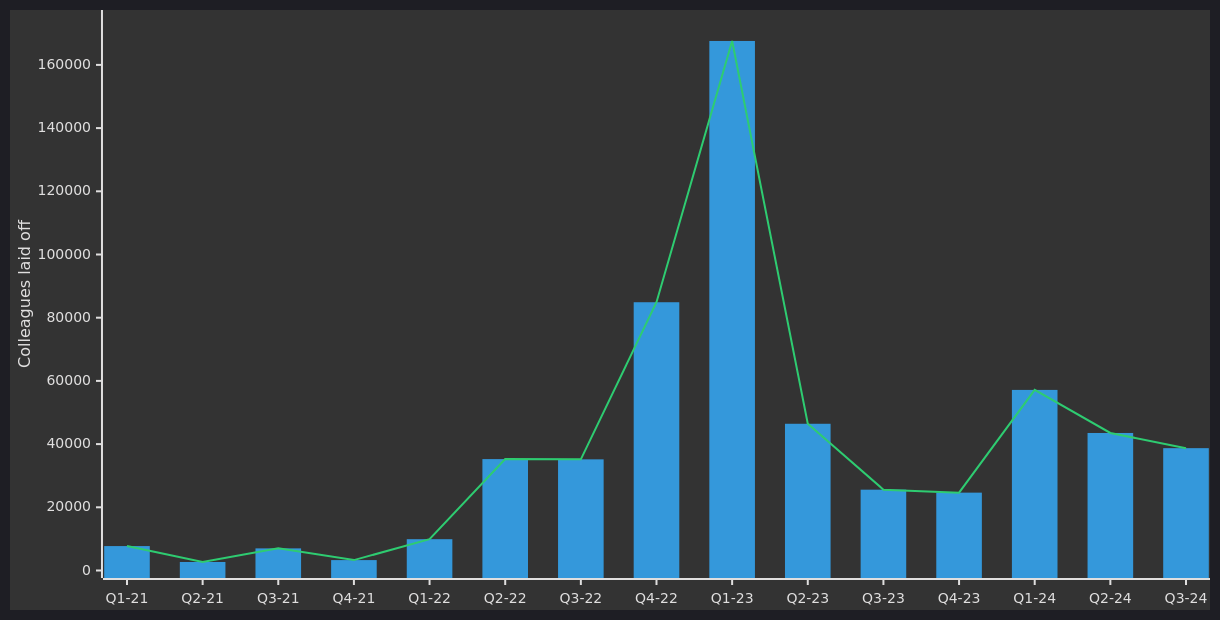
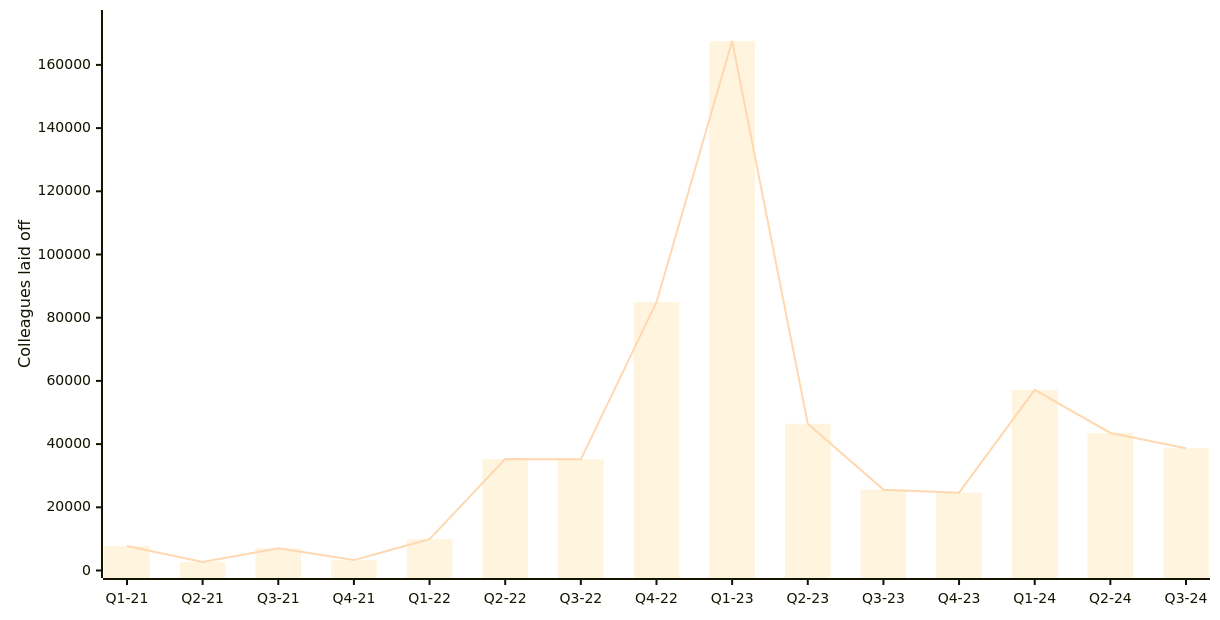
The diagram in mermaid/xy.mmd (gerald1248/operator-antipattern-slides), drawn with Mermaid before and after one commit. The commit also changed 19 other files, not shown here.

```diff
--- a/mermaid/xy.mmd
+++ b/mermaid/xy.mmd
@@ -1,12 +1,17 @@
 ---
 config:
-  theme: dark
+  theme: base
   xyChart:
     width: 1200
     height: 600
+  themeVariables:
+    xyChart:
+      backgroundColor: "transparent"
+      primaryColor: "#fff4dd"
+      plotColorPalette: "#FFF4DD,#FFD8B1,#FFA07A,#ECEFF1,#D6DBDF,#C3E0A8,#FFB6A4,#FFD74D,#738FA7,#FFFFF0"
 ---
 xychart-beta
   x-axis [Q1-21, Q2-21, Q3-21, Q4-21, Q1-22, Q2-22, Q3-22, Q4-22, Q1-23, Q2-23, Q3-23, Q4-23, Q1-24, Q2-24, Q3-24]
   y-axis "Colleagues laid off" 0 --> 175000
   bar [7728, 2695, 7000, 3292, 9909, 35257, 35174, 84894, 167574, 46433, 25575, 24638, 57149, 43517, 38716]
   line [7728, 2695, 7000, 3292, 9909, 35257, 35174, 84894, 167574, 46433, 25575, 24638, 57149, 43517, 38716]
```
